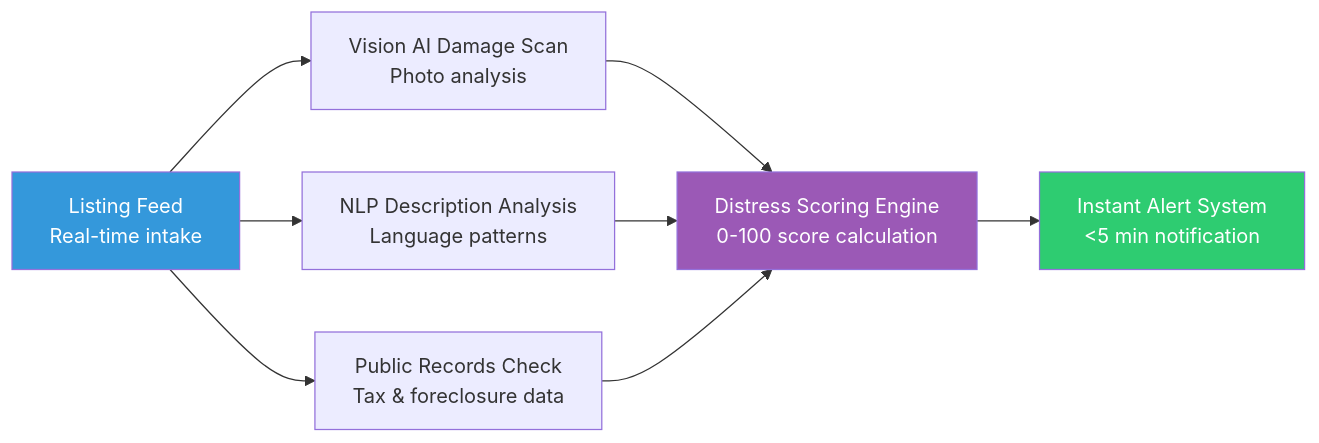
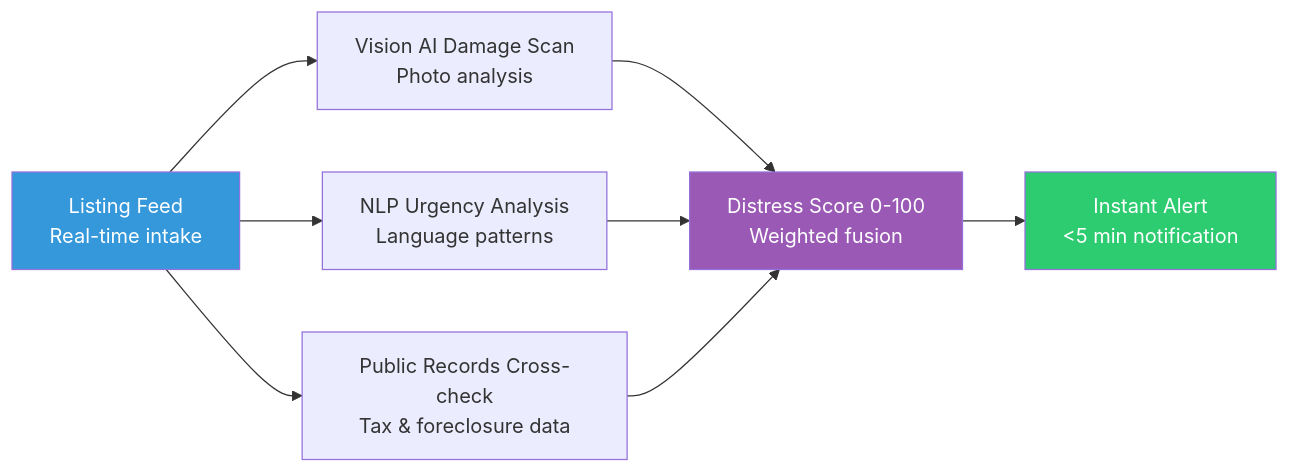
Before and after one commit to mdsadrhoman123-stack/distressed-property-detection: the diagram in README.md, drawn with Mermaid. The commit also changed other lines of this file, not shown here.

````diff
--- a/README.md
+++ b/README.md
@@ -79,21 +63,21 @@
 ```mermaid
 flowchart LR
-    A["Listing Feed<br/>Real-time intake"] 
-    B["Vision AI Damage Scan<br/>Photo analysis"]
-    C["NLP Description Analysis<br/>Language patterns"]
-    D["Public Records Check<br/>Tax & foreclosure data"]
-    E["Distress Scoring Engine<br/>0-100 score calculation"]
-    F["Instant Alert System<br/><5 min notification"]
+    A[Listing Feed<br/>Real-time intake]
+    B[Vision AI Damage Scan<br/>Photo analysis]
+    C[NLP Urgency Analysis<br/>Language patterns]
+    D[Public Records Cross-check<br/>Tax & foreclosure data]
+    E[Distress Score 0-100<br/>Weighted fusion]
+    F[Instant Alert<br/><5 min notification]
     
     A --> B
     A --> C
     A --> D
     B --> E
     C --> E
     D --> E
     E --> F
     
     style A fill:#3498db,color:#fff
     style E fill:#9b59b6,color:#fff
     style F fill:#2ecc71,color:#fff
 ```
````
